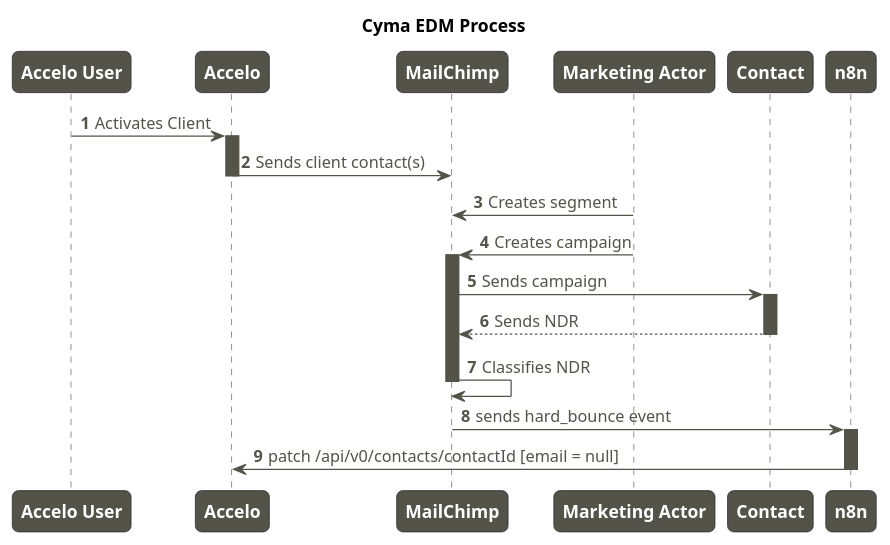
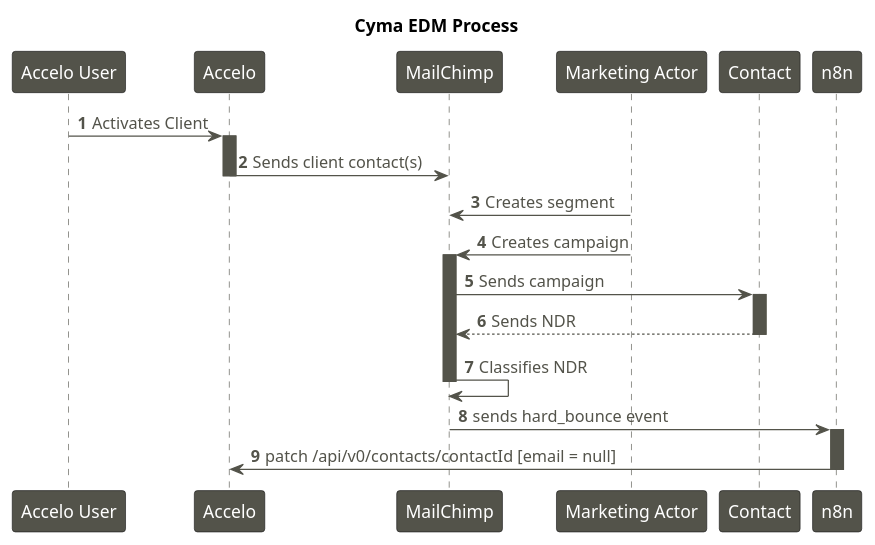
The first of 2 diagrams in cyma/opportunity sourcing process.puml (david-rawnsley/cyma), drawn with PlantUML before and after one commit. The commit also changed other lines of this file and 3 other files, not shown here.

```diff
--- a/cyma/opportunity sourcing process.puml
+++ b/cyma/opportunity sourcing process.puml
@@ -1,49 +1,48 @@
 @startuml
 
 Title Cyma EDM Process
 skinparam defaultFontName Raleway
-skinparam roundcorner 10
+skinparam roundcorner 5
 'skinparam shadowing true
 autonumber
 skinparam sequence {
     ArrowColor #53534A
     ArrowFontColor #53534A
     LifeLineBorderColor #53534A
     LifeLineBackgroundColor #53534A
 
     ParticipantBackgroundColor #53534A
     ParticipantFontSize 14
     ParticipantFontColor White
-    ParticipantFontStyle bold
 }
 
 participant au as "Accelo User"
 participant acc as "Accelo"
 participant mc as "MailChimp"
 participant ma as "Marketing Actor"
 participant c as "Contact"
 
 au -> acc: Activates Client
 activate acc
 acc -> mc: Sends client contact(s)
 deactivate acc
 
 ma -> mc: Creates segment
 ma -> mc: Creates campaign
 activate mc
 mc -> c: Sends campaign
 activate c
 c --> mc: Sends NDR
 ' deactivate mc
 deactivate c
 
 mc -> mc: Classifies NDR
 deactivate mc
 
 mc -> n8n: sends hard_bounce event
 activate n8n
 
 n8n -> acc: patch /api/v0/contacts/contactId [email = null]
 deactivate n8n
 
 @enduml
```
